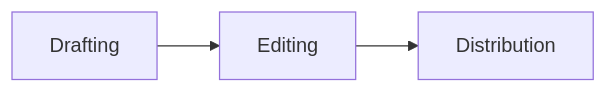
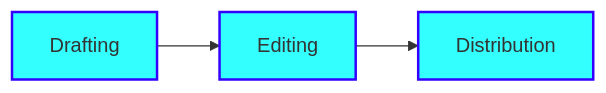
Before and after one commit to giorgio-bendoni/giorgio-bendoni.github.io: the second of 3 diagrams in myworkflow.md, drawn with Mermaid. The commit also changed other lines of this file, not shown here.

```diff
--- a/myworkflow.md
+++ b/myworkflow.md
@@ -22,5 +25,8 @@
     <div class="mermaid">
     graph LR
     A[Drafting] --> B[Editing]
     B --> C[Distribution]
+    style A fill:#3ff,stroke:#30f,stroke-width:2px
+    style B fill:#3ff,stroke:#30f,stroke-width:2px
+    style C fill:#3ff,stroke:#30f,stroke-width:2px
     </div>
```
